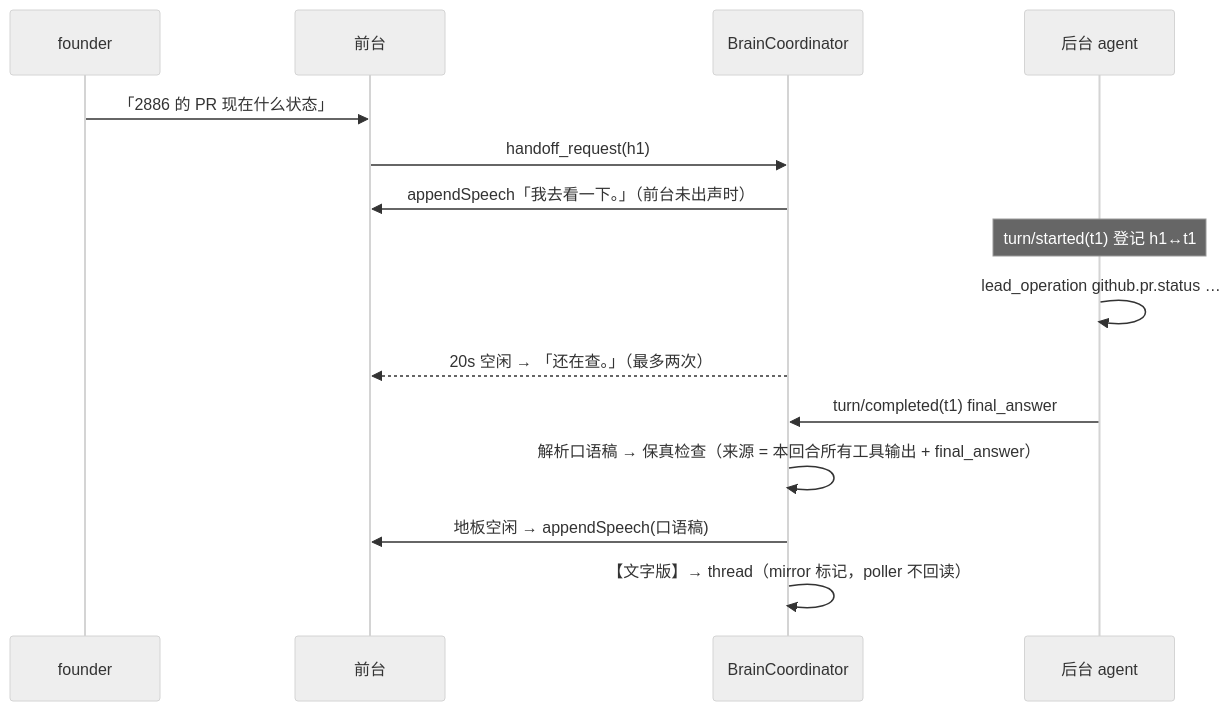
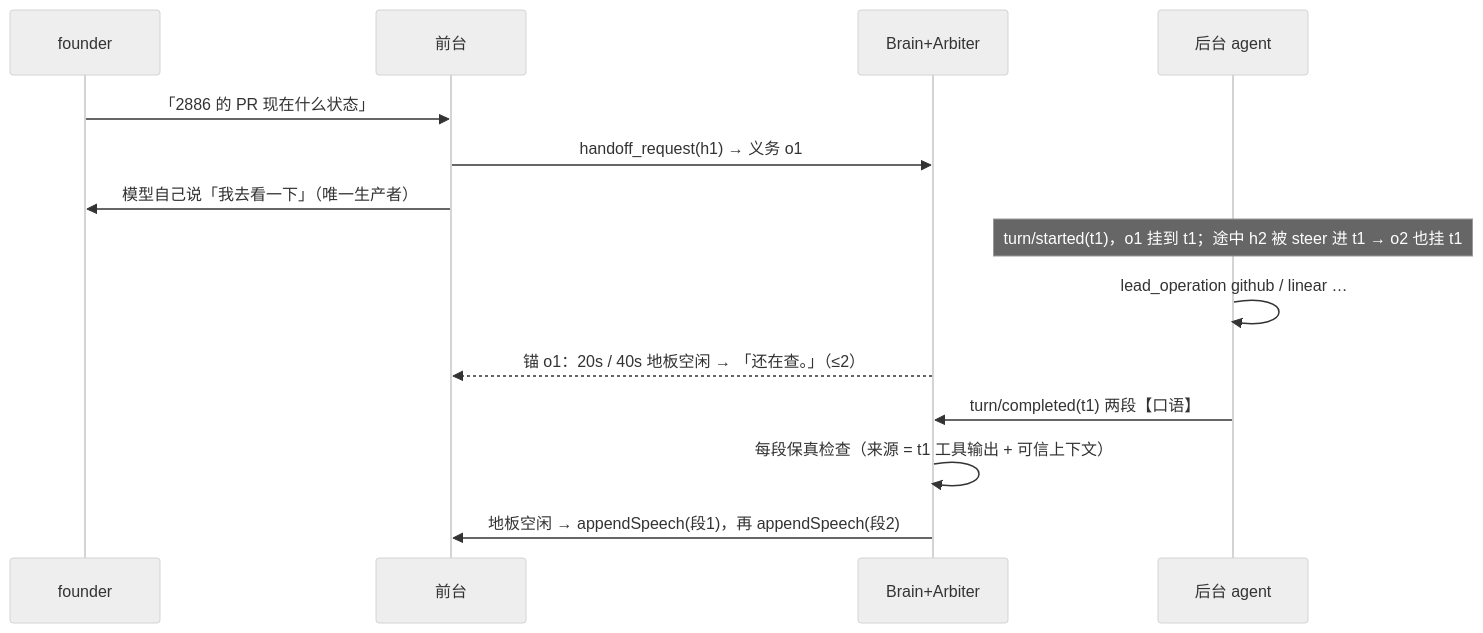
The second of 2 diagrams in engineering/doc/FLY-2886-voice-brain-agent/plan.md (xrliAnnie/flywheel-qa-sandbox), drawn with Mermaid (neutral theme) before and after one commit. The commit also changed other lines of this file and 10 other files, not shown here.

Commit message:
docs(FLY-2886): plan v3 after design review R1/R2, founder HTML and diagrams

````diff
--- a/engineering/doc/FLY-2886-voice-brain-agent/plan.md
+++ b/engineering/doc/FLY-2886-voice-brain-agent/plan.md
@@ -116,17 +181,16 @@
 ```mermaid
 sequenceDiagram
   participant F as founder
   participant RT as 前台
-  participant BC as BrainCoordinator
+  participant BC as Brain+Arbiter
   participant BG as 后台 agent
   F->>RT: 「2886 的 PR 现在什么状态」
-  RT->>BC: handoff_request(h1)
-  BC->>RT: appendSpeech「我去看一下。」（前台未出声时）
-  Note over BG: turn/started(t1) 登记 h1↔t1
-  BG->>BG: lead_operation github.pr.status …
-  BC-->>RT: 20s 空闲 → 「还在查。」（最多两次）
-  BG->>BC: turn/completed(t1) final_answer
-  BC->>BC: 解析口语稿 → 保真检查（来源 = 本回合所有工具输出 + final_answer）
-  BC->>RT: 地板空闲 → appendSpeech(口语稿)
-  BC->>BC: 【文字版】→ thread（mirror 标记，poller 不回读）
+  RT->>BC: handoff_request(h1) → 义务 o1
+  RT->>F: 模型自己说「我去看一下」（唯一生产者）
+  Note over BG: turn/started(t1)，o1 挂到 t1；途中 h2 被 steer 进 t1 → o2 也挂 t1
+  BG->>BG: lead_operation github / linear …
+  BC-->>RT: 锚 o1：20s / 40s 地板空闲 → 「还在查。」（≤2）
+  BG->>BC: turn/completed(t1) 两段【口语】
+  BC->>BC: 每段保真检查（来源 = t1 工具输出 + 可信上下文）
+  BC->>RT: 地板空闲 → appendSpeech(段1)，再 appendSpeech(段2)
 ```
````
